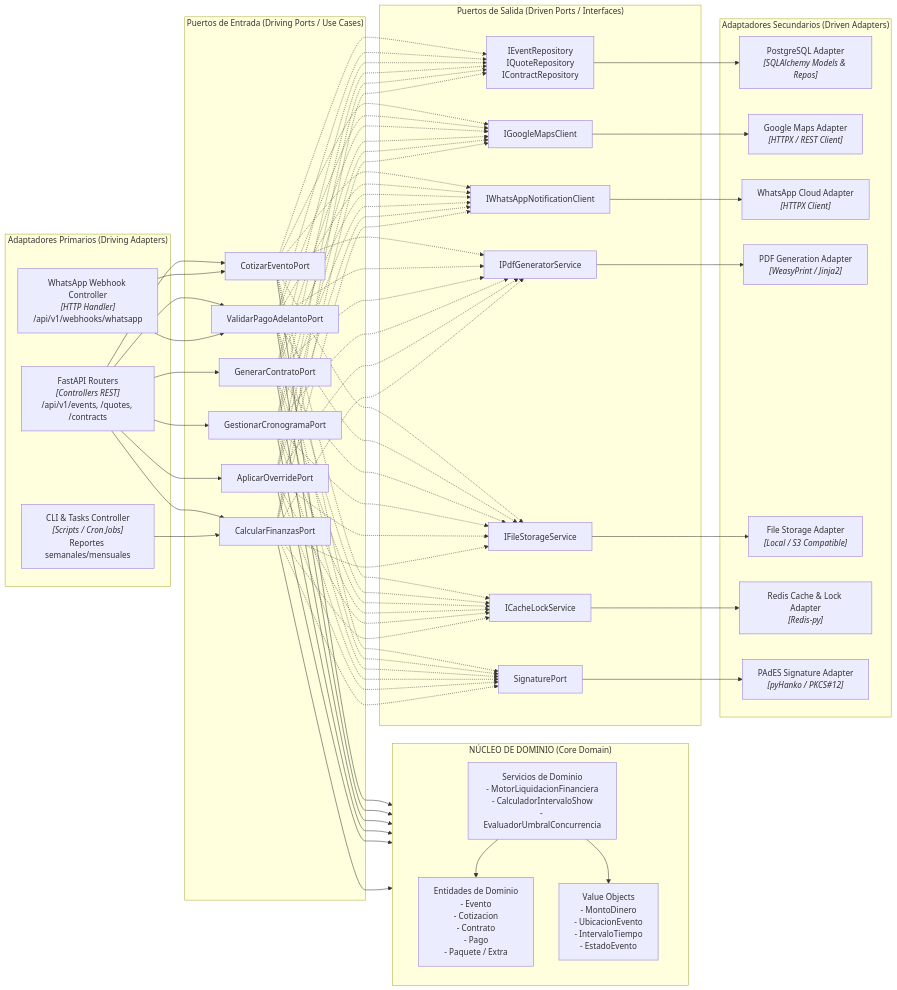
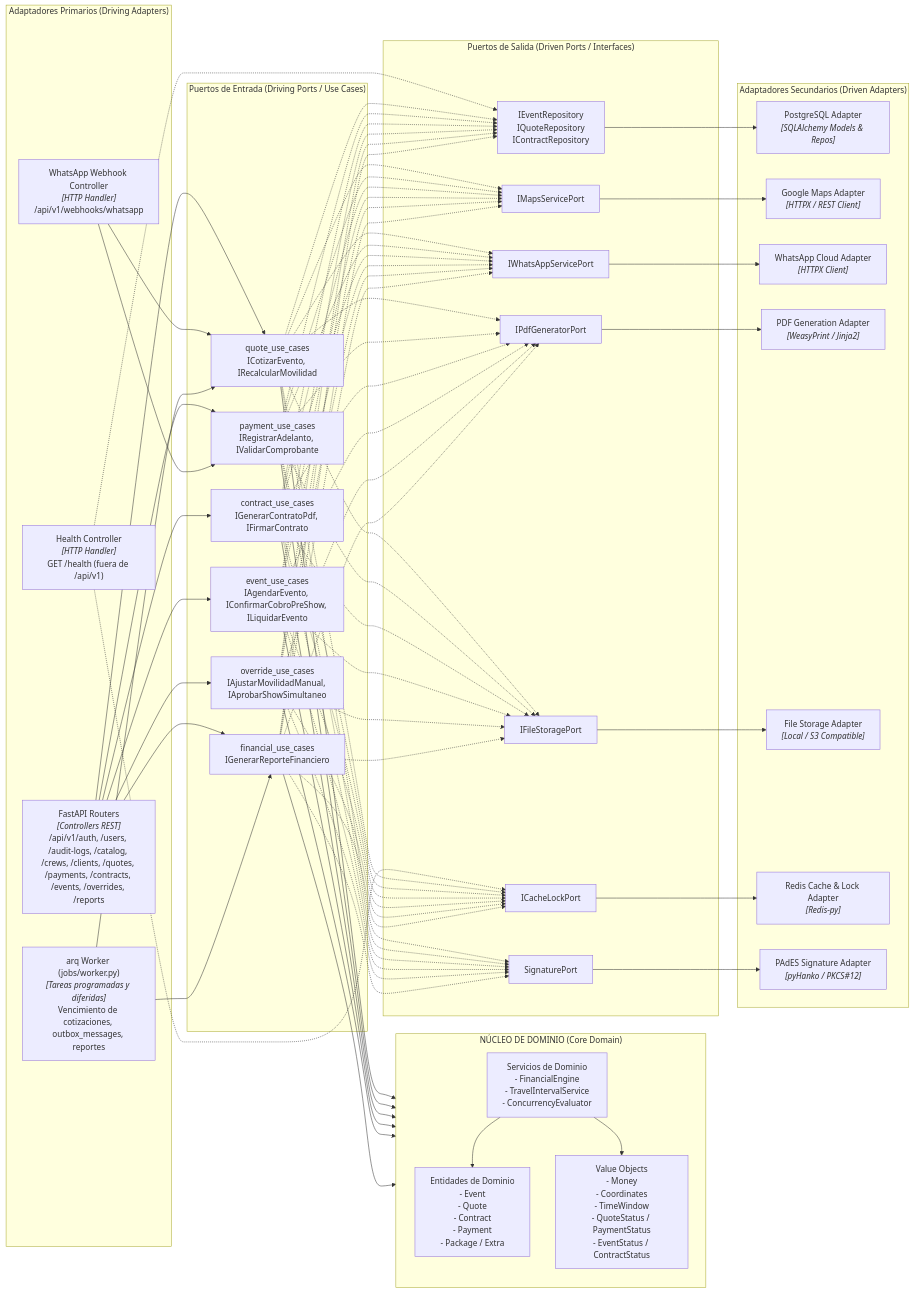
Before and after one commit to MathiasTL/EventPro-backend: the third of 3 diagrams in Docs/02-arquitectura/01-diseno-arquitectonico-c4.md, drawn with Mermaid. The commit also changed other lines of this file and 10 other files, not shown here.

First line of the commit message:
docs: close traceability gaps and align architecture and process docs

````diff
--- a/Docs/02-arquitectura/01-diseno-arquitectonico-c4.md
+++ b/Docs/02-arquitectura/01-diseno-arquitectonico-c4.md
@@ -95,65 +101,67 @@
 ```mermaid
 flowchart LR
     subgraph AdaptadoresEntrada["Adaptadores Primarios (Driving Adapters)"]
-        HttpRouters["FastAPI Routers<br/><i>[Controllers REST]</i><br/>/api/v1/events, /quotes, /contracts"]
+        HttpRouters["FastAPI Routers<br/><i>[Controllers REST]</i><br/>/api/v1/auth, /users, /audit-logs, /catalog, /crews, /clients, /quotes, /payments, /contracts, /events, /overrides, /reports"]
         WebhookController["WhatsApp Webhook Controller<br/><i>[HTTP Handler]</i><br/>/api/v1/webhooks/whatsapp"]
-        AdminCli["CLI & Tasks Controller<br/><i>[Scripts / Cron Jobs]</i><br/>Reportes semanales/mensuales"]
+        HealthController["Health Controller<br/><i>[HTTP Handler]</i><br/>GET /health (fuera de /api/v1)"]
+        ArqWorker["arq Worker (jobs/worker.py)<br/><i>[Tareas programadas y diferidas]</i><br/>Vencimiento de cotizaciones, outbox_messages, reportes"]
     end
 
     subgraph PuertosEntrada["Puertos de Entrada (Driving Ports / Use Cases)"]
-        UCQuote["CotizarEventoPort"]
-        UCPay["ValidarPagoAdelantoPort"]
-        UCContract["GenerarContratoPort"]
-        UCSchedule["GestionarCronogramaPort"]
-        UCOverride["AplicarOverridePort"]
-        UCReport["CalcularFinanzasPort"]
+        UCQuote["quote_use_cases<br/>ICotizarEvento, IRecalcularMovilidad"]
+        UCPay["payment_use_cases<br/>IRegistrarAdelanto, IValidarComprobante"]
+        UCContract["contract_use_cases<br/>IGenerarContratoPdf, IFirmarContrato"]
+        UCSchedule["event_use_cases<br/>IAgendarEvento, IConfirmarCobroPreShow, ILiquidarEvento"]
+        UCOverride["override_use_cases<br/>IAjustarMovilidadManual, IAprobarShowSimultaneo"]
+        UCReport["financial_use_cases<br/>IGenerarReporteFinanciero"]
     end
 
     subgraph Dominio["NÚCLEO DE DOMINIO (Core Domain)"]
         direction TB
-        Entities["Entidades de Dominio<br/>- Evento<br/>- Cotizacion<br/>- Contrato<br/>- Pago<br/>- Paquete / Extra"]
-        ValueObjects["Value Objects<br/>- MontoDinero<br/>- UbicacionEvento<br/>- IntervaloTiempo<br/>- EstadoEvento"]
-        DomainServices["Servicios de Dominio<br/>- MotorLiquidacionFinanciera<br/>- CalculadorIntervaloShow<br/>- EvaluadorUmbralConcurrencia"]
+        Entities["Entidades de Dominio<br/>- Event<br/>- Quote<br/>- Contract<br/>- Payment<br/>- Package / Extra"]
+        ValueObjects["Value Objects<br/>- Money<br/>- Coordinates<br/>- TimeWindow<br/>- QuoteStatus / PaymentStatus<br/>- EventStatus / ContractStatus"]
+        DomainServices["Servicios de Dominio<br/>- FinancialEngine<br/>- TravelIntervalService<br/>- ConcurrencyEvaluator"]
     end
 
     subgraph PuertosSalida["Puertos de Salida (Driven Ports / Interfaces)"]
         PortRepo["IEventRepository<br/>IQuoteRepository<br/>IContractRepository"]
-        PortMaps["IGoogleMapsClient"]
-        PortWhatsApp["IWhatsAppNotificationClient"]
-        PortPdf["IPdfGeneratorService"]
-        PortStorage["IFileStorageService"]
-        PortCache["ICacheLockService"]
+        PortMaps["IMapsServicePort"]
+        PortWhatsApp["IWhatsAppServicePort"]
+        PortPdf["IPdfGeneratorPort"]
+        PortStorage["IFileStoragePort"]
+        PortCache["ICacheLockPort"]
         PortSignature["SignaturePort"]
     end
 
     subgraph AdaptadoresSalida["Adaptadores Secundarios (Driven Adapters)"]
         SqlAlchemyRepo["PostgreSQL Adapter<br/><i>[SQLAlchemy Models & Repos]</i>"]
         GoogleMapsAdapter["Google Maps Adapter<br/><i>[HTTPX / REST Client]</i>"]
         WhatsAppAdapter["WhatsApp Cloud Adapter<br/><i>[HTTPX Client]</i>"]
         WeasyPrintAdapter["PDF Generation Adapter<br/><i>[WeasyPrint / Jinja2]</i>"]
         FileSystemAdapter["File Storage Adapter<br/><i>[Local / S3 Compatible]</i>"]
         RedisAdapter["Redis Cache & Lock Adapter<br/><i>[Redis-py]</i>"]
         PadesAdapter["PAdES Signature Adapter<br/><i>[pyHanko / PKCS#12]</i>"]
     end
 
     %% Relaciones Driving
     HttpRouters --> UCQuote & UCPay & UCContract & UCSchedule & UCOverride & UCReport
     WebhookController --> UCQuote & UCPay
-    AdminCli --> UCReport
+    ArqWorker --> UCQuote & UCReport
+    HealthController -.-> PortRepo & PortCache
 
     %% Relaciones Ports -> Domain
     UCQuote & UCPay & UCContract & UCSchedule & UCOverride & UCReport --> DomainServices
     DomainServices --> Entities & ValueObjects
 
     %% Relaciones Domain/UseCases -> Driven Ports
     UCQuote & UCPay & UCContract & UCSchedule & UCOverride & UCReport -.-> PortRepo & PortMaps & PortWhatsApp & PortPdf & PortStorage & PortCache & PortSignature
 
     %% Relaciones Driven Ports -> Driven Adapters
     PortRepo --> SqlAlchemyRepo
     PortMaps --> GoogleMapsAdapter
     PortWhatsApp --> WhatsAppAdapter
     PortPdf --> WeasyPrintAdapter
     PortStorage --> FileSystemAdapter
     PortCache --> RedisAdapter
     PortSignature --> PadesAdapter
 ```
````
